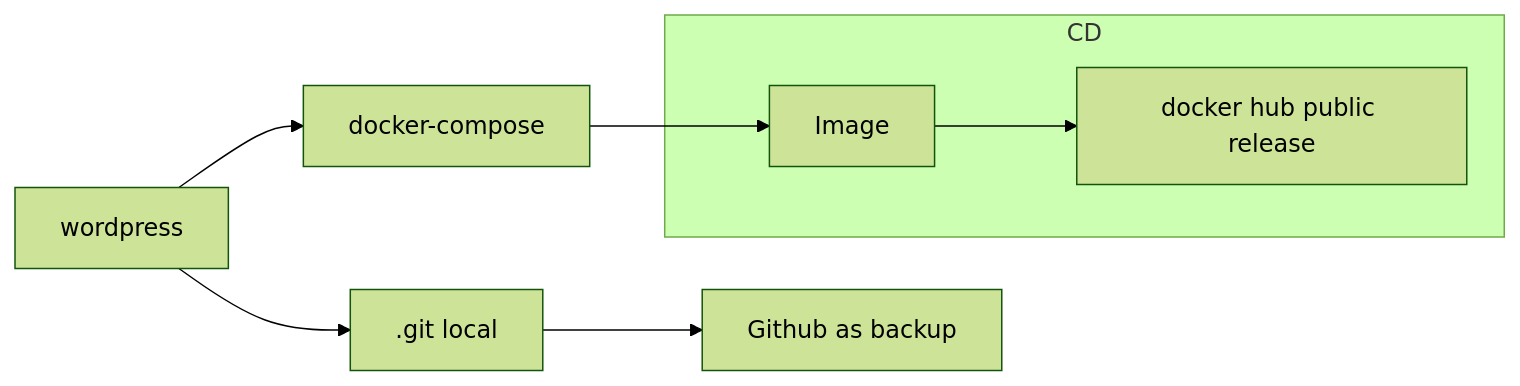
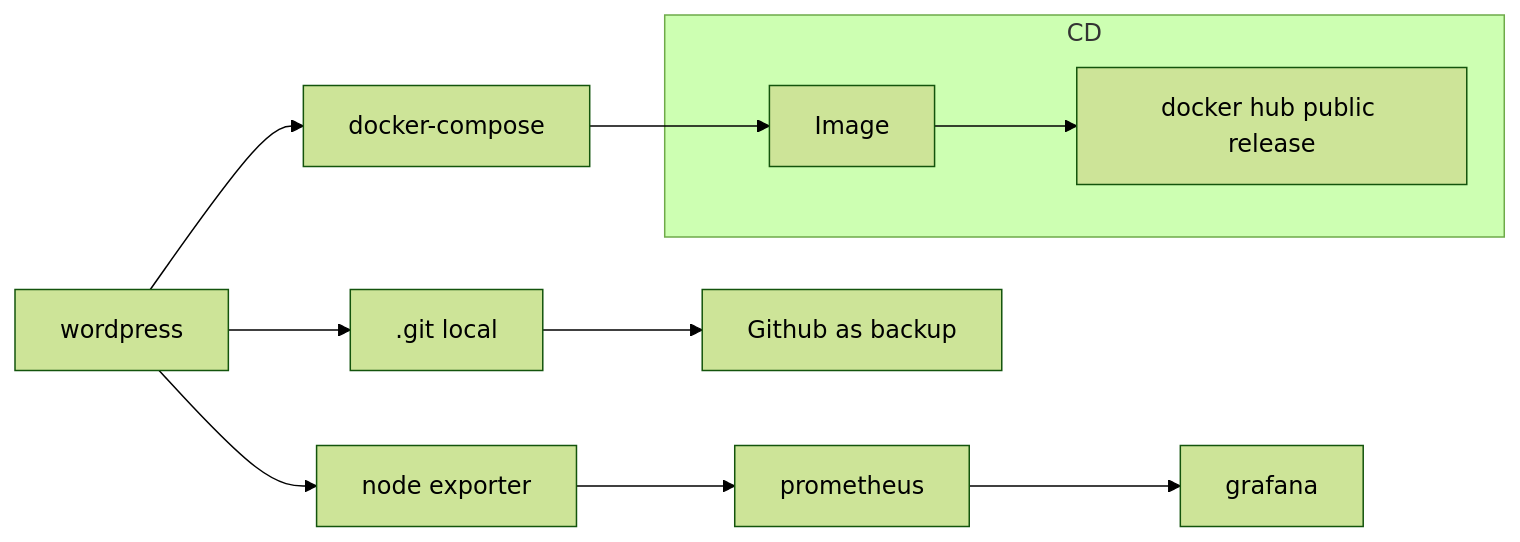
One commit to DanyAAD90/CICD_complete_from_scratch changed the diagram in README.md. Above: the diagram before and after it, drawn with Mermaid (forest theme).

````diff
--- a/README.md
+++ b/README.md
@@ -5,10 +5,13 @@
 ```mermaid
 flowchart LR
 A[wordpress] --> B[.git local]
+A --> G[node exporter]
+G --> H[prometheus]
+H --> I[grafana]
 B --> C[Github as backup]
 A --> D[docker-compose]
 D --> E[Image]
 subgraph CD
 E --> F[docker hub public release]
 end
 ```
````
